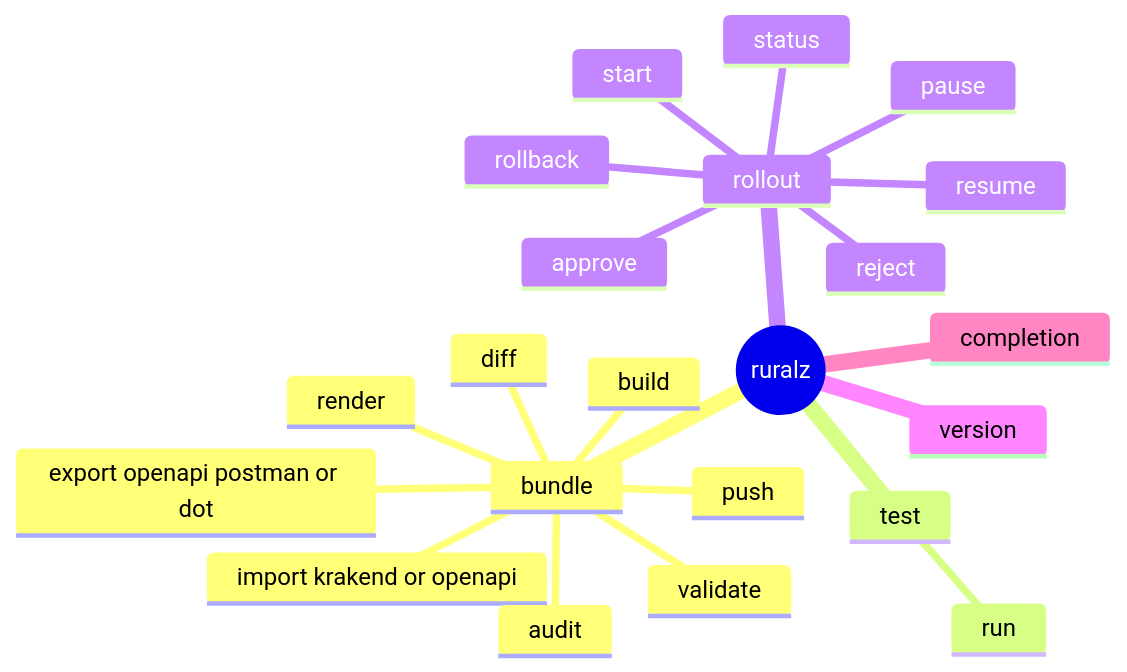
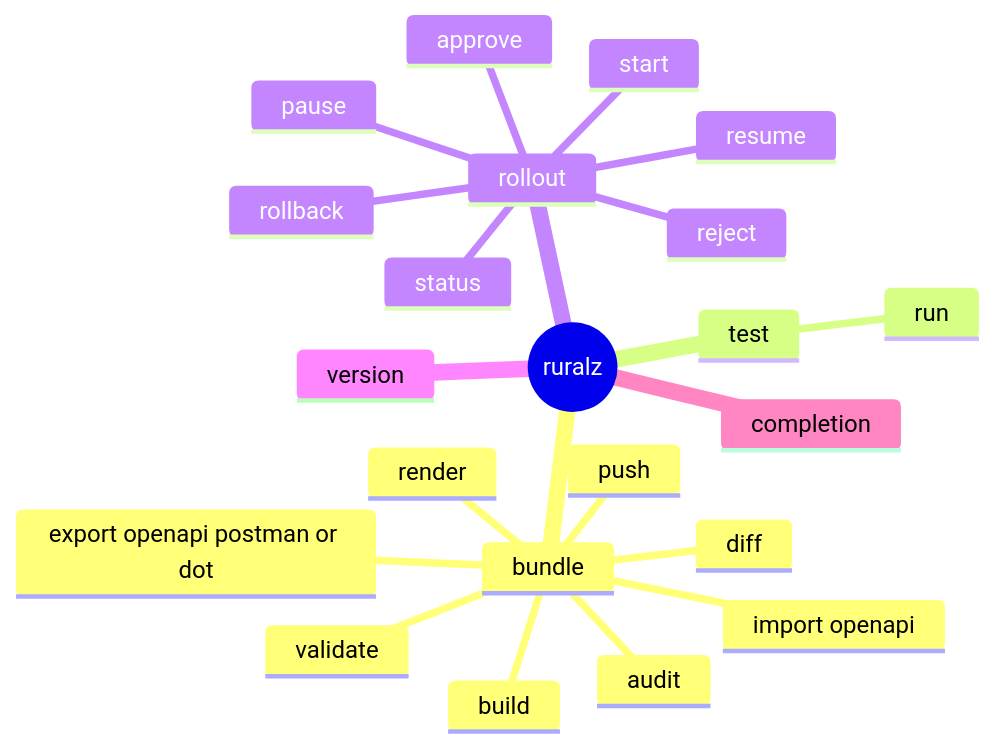
The first of 3 diagrams in docs/reference/01-cli-and-api-surface.md (ravindu-rev/ruralz), drawn with Mermaid before and after one commit. The commit also changed other lines of this file and 24 other files, not shown here.

````diff
--- a/docs/reference/01-cli-and-api-surface.md
+++ b/docs/reference/01-cli-and-api-surface.md
@@ -41,25 +41,25 @@
 ```mermaid
 mindmap
   root((ruralz))
     bundle
       validate
       render
       diff
       build
       push
-      import krakend or openapi
+      import openapi
       export openapi postman or dot
       audit
     test
       run
     rollout
       start
       status
       pause
       resume
       rollback
       approve
       reject
     version
     completion
 ```
````
